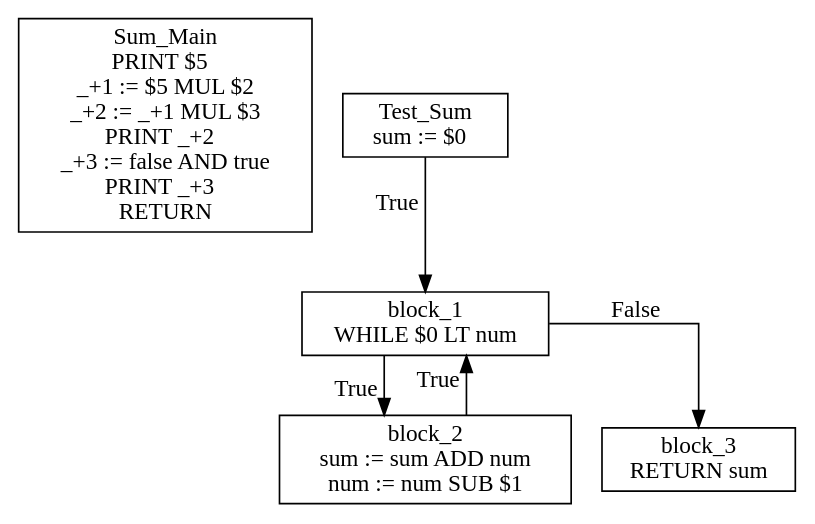
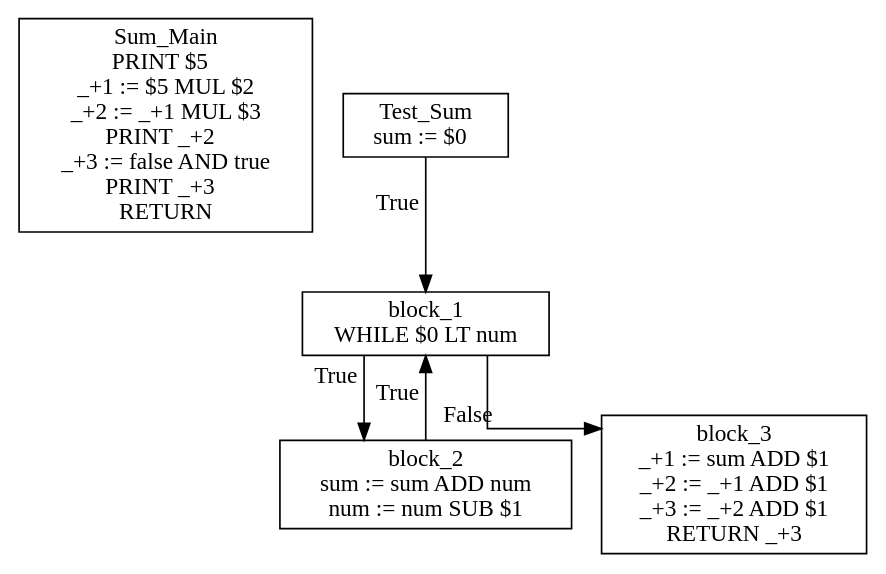
The diagram in IR.dot (AvanaPY/DV1655_Lab1), drawn with Graphviz before and after one commit. The commit also changed 4 other files, not shown here.

```diff
--- a/IR.dot
+++ b/IR.dot
@@ -1,13 +1,13 @@
 digraph {
   graph [splines=ortho]
   node [shape=box]
   Sum_Main [label="Sum_Main\nPRINT $5  \n_+1 := $5 MUL $2\n_+2 := _+1 MUL $3\nPRINT _+2  \n_+3 := false AND true\nPRINT _+3  \nRETURN \n"];
   Test_Sum [label="Test_Sum\nsum := $0  \n"];
   Test_Sum -> block_1[xlabel="True"];
   block_1 [label="block_1\nWHILE $0 LT num\n"];
   block_1 -> block_2[xlabel="True"];
   block_2 [label="block_2\nsum := sum ADD num\nnum := num SUB $1\n"];
   block_2 -> block_1[xlabel="True"];
   block_1 -> block_3[xlabel="False"];
-  block_3 [label="block_3\nRETURN sum\n"];
+  block_3 [label="block_3\n_+1 := sum ADD $1\n_+2 := _+1 ADD $1\n_+3 := _+2 ADD $1\nRETURN _+3\n"];
 }
```
